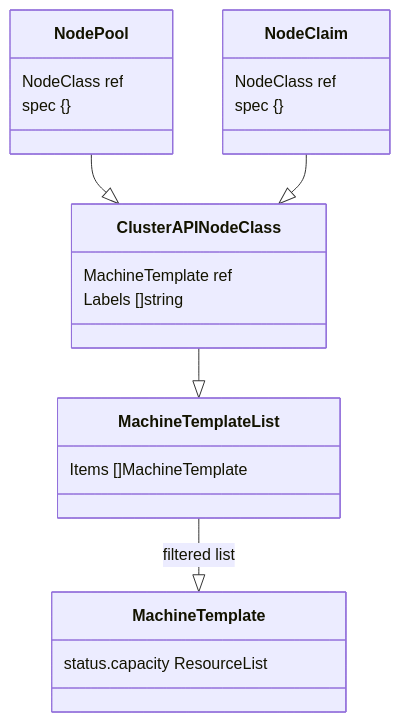
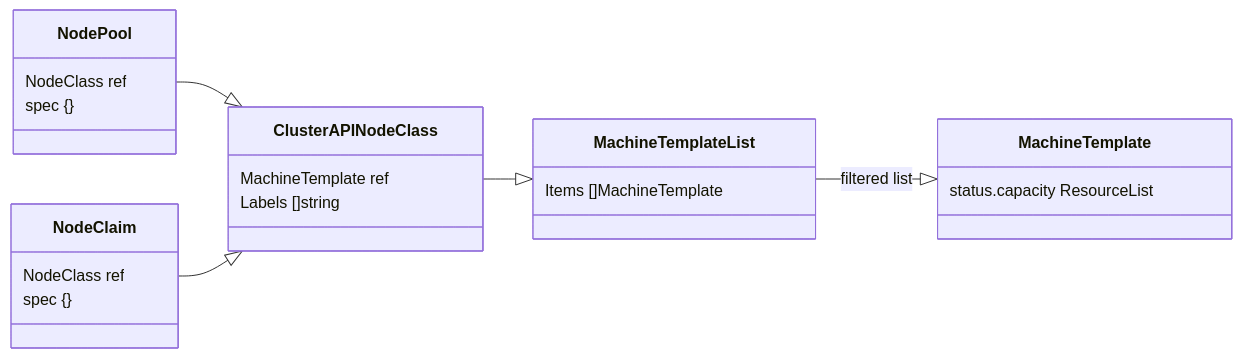
One commit to kubernetes-sigs/karpenter-provider-cluster-api changed the first of 2 diagrams in docs/docs/design.md. Above: the diagram before and after it, drawn with Mermaid. The commit also changed 1 other file, not shown here.

Commit message:
clean up docs dir and add a readme

````diff
--- a/docs/docs/design.md
+++ b/docs/docs/design.md
@@ -6,15 +6,16 @@
 ```mermaid
 classDiagram
+    direction LR
     NodePool : NodeClass ref
     NodePool : spec {}
     ClusterAPINodeClass : MachineTemplate ref
     ClusterAPINodeClass : Labels []string
     NodePool --|> ClusterAPINodeClass
     NodeClaim : NodeClass ref
     NodeClaim --|> ClusterAPINodeClass
     NodeClaim : spec {}
     MachineTemplate : status.capacity ResourceList
     MachineTemplateList : Items []MachineTemplate
     ClusterAPINodeClass --|> MachineTemplateList
     MachineTemplateList --|> MachineTemplate : filtered list
 ```
````
